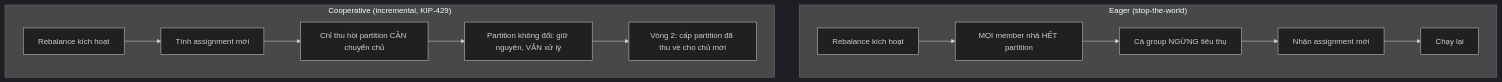
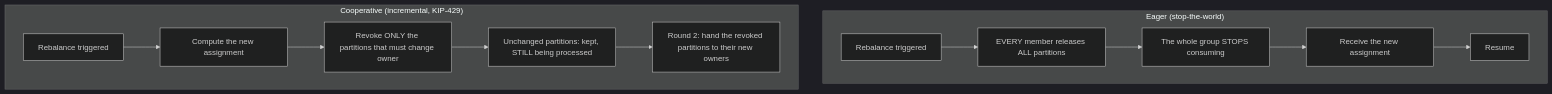
One commit to vuhoang001/knowledge changed the second of 3 diagrams in i18n/en/docusaurus-plugin-content-docs/current/etl/kafka/skills/consumer-groups.md. Above: the diagram before and after it, drawn with Mermaid (dark theme). The commit also changed other lines of this file and 21 other files, not shown here.

````diff
--- a/i18n/en/docusaurus-plugin-content-docs/current/etl/kafka/skills/consumer-groups.md
+++ b/i18n/en/docusaurus-plugin-content-docs/current/etl/kafka/skills/consumer-groups.md
@@ -61,14 +60,14 @@
 ```mermaid
 flowchart TB
   subgraph Eager["Eager (stop-the-world)"]
-    E1[Rebalance kích hoạt] --> E2[MỌI member nhả HẾT partition]
-    E2 --> E3[Cả group NGỪNG tiêu thụ]
-    E3 --> E4[Nhận assignment mới] --> E5[Chạy lại]
+    E1[Rebalance triggered] --> E2[EVERY member releases ALL partitions]
+    E2 --> E3[The whole group STOPS consuming]
+    E3 --> E4[Receive the new assignment] --> E5[Resume]
   end
   subgraph Coop["Cooperative (incremental, KIP-429)"]
-    C1[Rebalance kích hoạt] --> C2[Tính assignment mới]
-    C2 --> C3["Chỉ thu hồi partition CẦN chuyển chủ"]
-    C3 --> C4["Partition không đổi: giữ nguyên, VẪN xử lý"]
-    C4 --> C5[Vòng 2: cấp partition đã thu về cho chủ mới]
+    C1[Rebalance triggered] --> C2[Compute the new assignment]
+    C2 --> C3["Revoke ONLY the partitions that must change owner"]
+    C3 --> C4["Unchanged partitions: kept, STILL being processed"]
+    C4 --> C5[Round 2: hand the revoked partitions to their new owners]
   end
 ```
````
